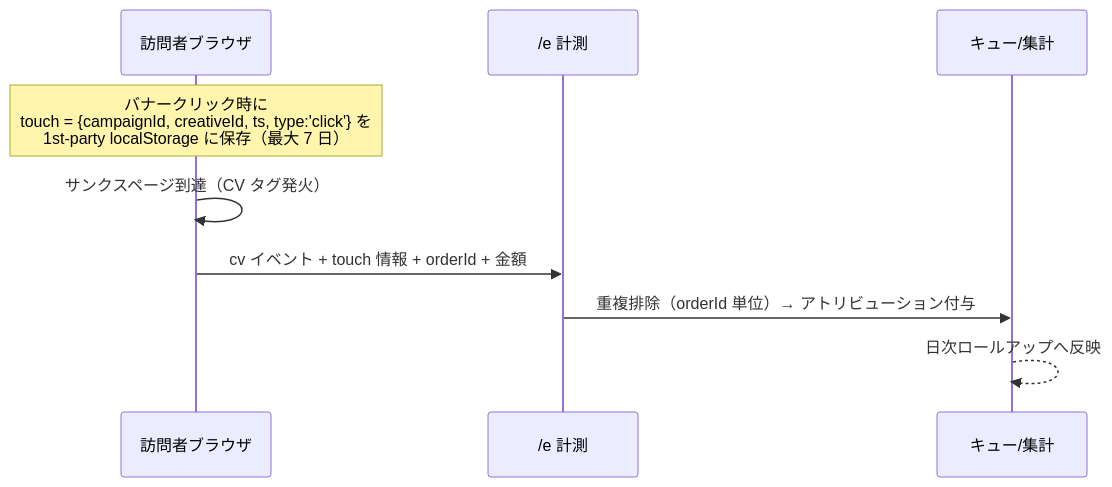
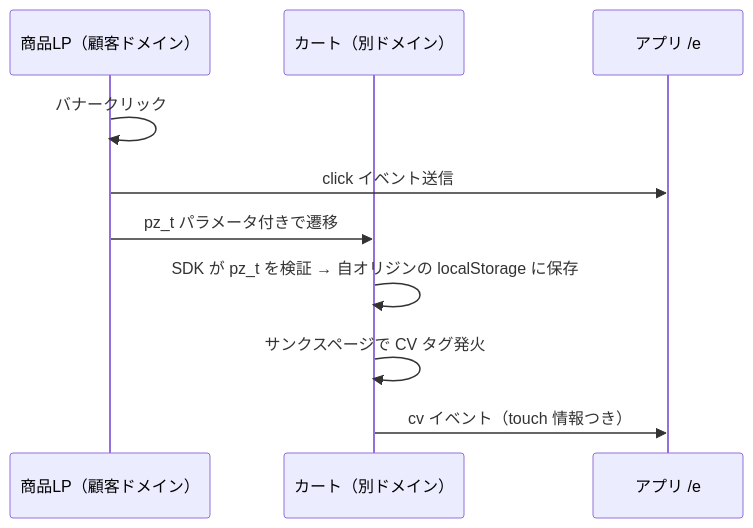
Before and after one commit to t-kamiya-lgtm/popup: the third of 3 diagrams in docs/02-architecture.md, drawn with Mermaid. The commit also changed other lines of this file and 10 other files, not shown here.

````diff
--- a/docs/02-architecture.md
+++ b/docs/02-architecture.md
@@ -108,12 +170,13 @@
 ```mermaid
 sequenceDiagram
-  participant U as 訪問者ブラウザ
-  participant E as /e 計測
-  participant Q as キュー/集計
+  participant LP as 商品LP（顧客ドメイン）
+  participant CART as カート（別ドメイン）
+  participant A as アプリ /e
 
-  Note over U: バナークリック時に<br/>touch = {campaignId, creativeId, ts, type:'click'} を<br/>1st-party localStorage に保存（最大 7 日）
-  U->>U: サンクスページ到達（CV タグ発火）
-  U->>E: cv イベント + touch 情報 + orderId + 金額
-  E->>Q: 重複排除（orderId 単位）→ アトリビューション付与
-  Q-->>Q: 日次ロールアップへ反映
+  LP->>LP: バナークリック
+  LP->>A: click イベント送信
+  LP->>CART: pz_t パラメータ付きで遷移
+  CART->>CART: SDK が pz_t を検証 → 自オリジンの localStorage に保存
+  CART->>CART: サンクスページで CV タグ発火
+  CART->>A: cv イベント（touch 情報つき）
 ```
````
